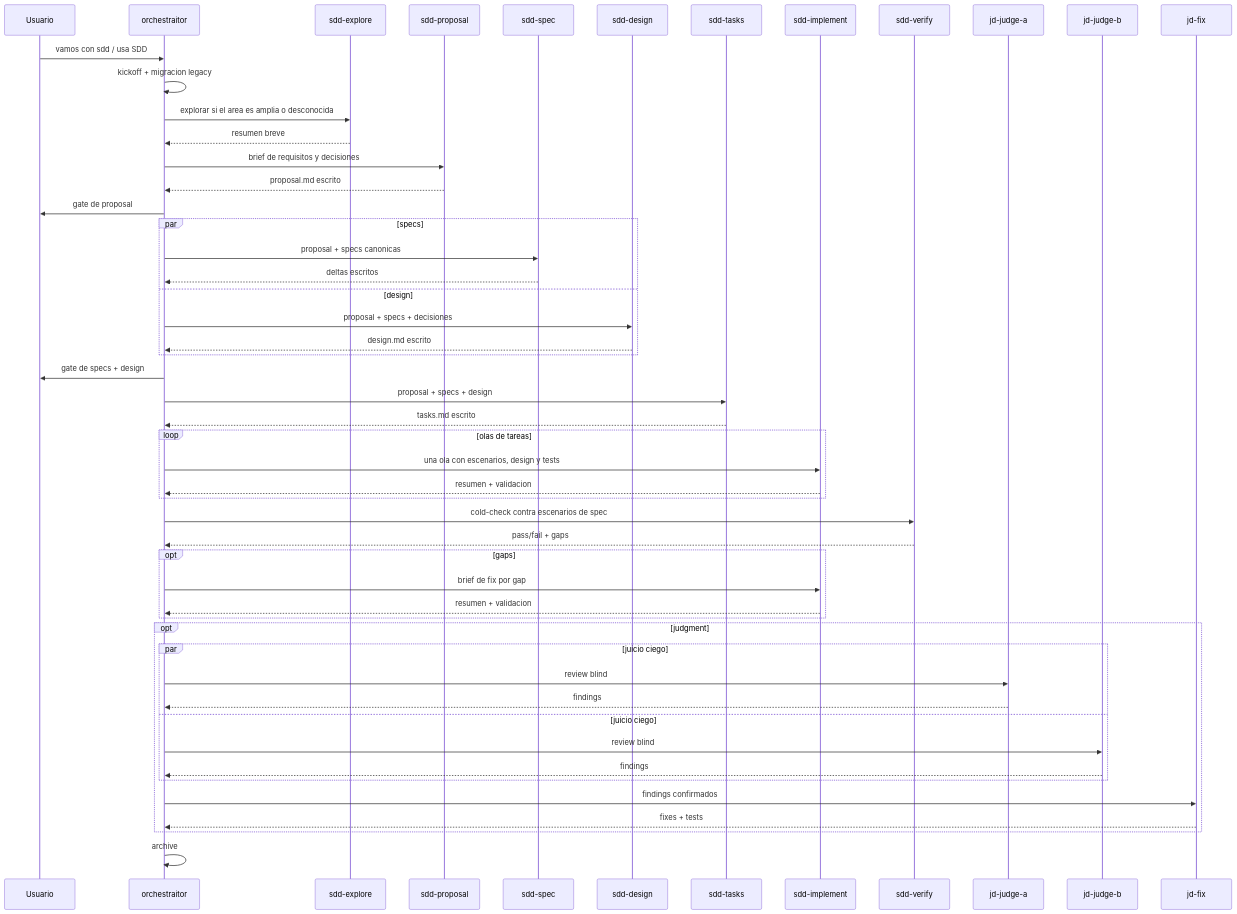
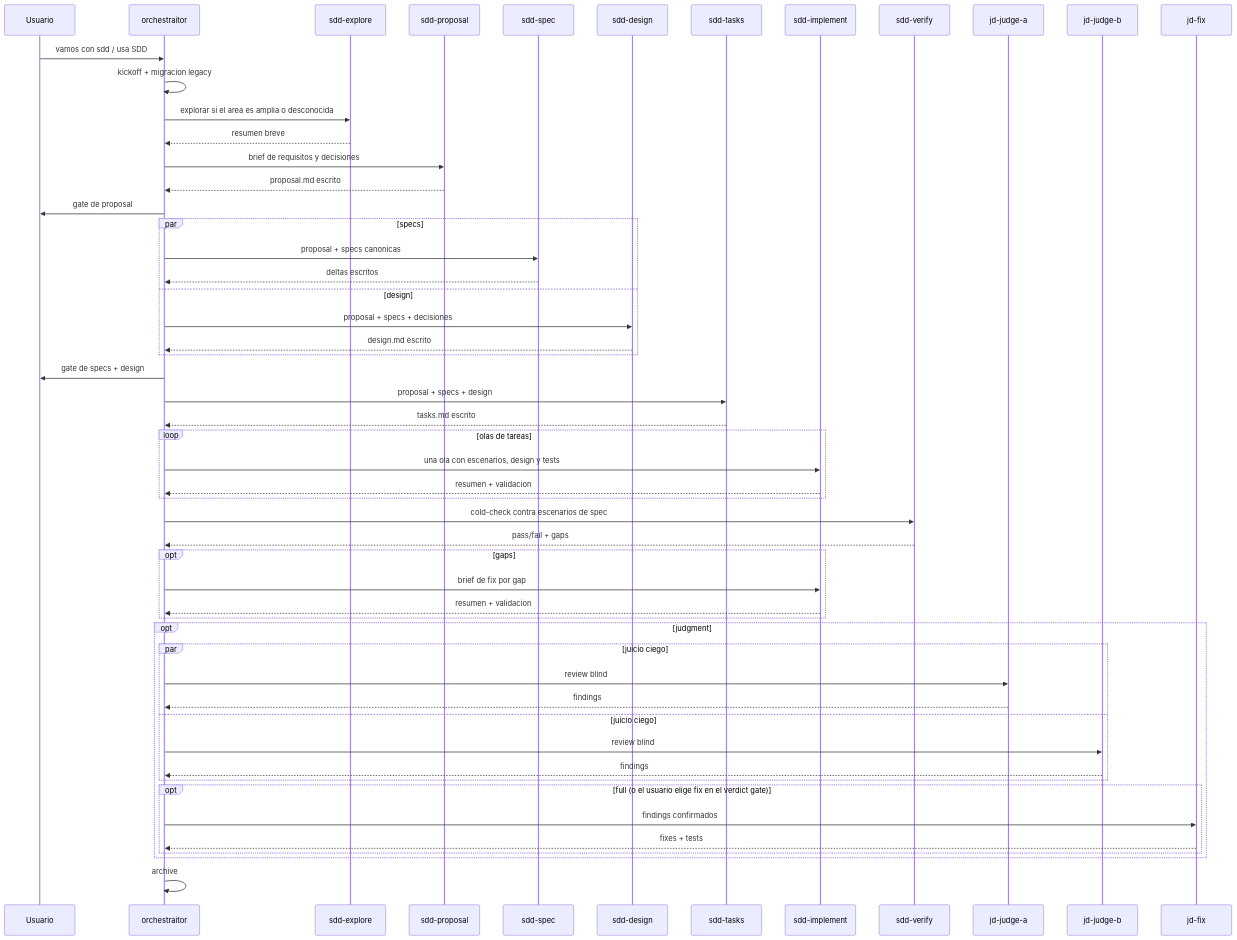
The diagram in docs/sdd-domain-sequence.md (andresnator/agents-orchestrator), drawn with Mermaid before and after one commit. The commit also changed other lines of this file and 4 other files, not shown here.

````diff
--- a/docs/sdd-domain-sequence.md
+++ b/docs/sdd-domain-sequence.md
@@ -19,55 +19,57 @@
 ```mermaid
 sequenceDiagram
   participant U as Usuario
   participant O as orchestraitor
   participant E as sdd-explore
   participant P as sdd-proposal
   participant S as sdd-spec
   participant D as sdd-design
   participant T as sdd-tasks
   participant I as sdd-implement
   participant V as sdd-verify
   participant JA as jd-judge-a
   participant JB as jd-judge-b
   participant JF as jd-fix
 
   U->>O: vamos con sdd / usa SDD
   O->>O: kickoff + migracion legacy
   O->>E: explorar si el area es amplia o desconocida
   E-->>O: resumen breve
   O->>P: brief de requisitos y decisiones
   P-->>O: proposal.md escrito
   O->>U: gate de proposal
   par specs
     O->>S: proposal + specs canonicas
     S-->>O: deltas escritos
   and design
     O->>D: proposal + specs + decisiones
     D-->>O: design.md escrito
   end
   O->>U: gate de specs + design
   O->>T: proposal + specs + design
   T-->>O: tasks.md escrito
   loop olas de tareas
     O->>I: una ola con escenarios, design y tests
     I-->>O: resumen + validacion
   end
   O->>V: cold-check contra escenarios de spec
   V-->>O: pass/fail + gaps
   opt gaps
     O->>I: brief de fix por gap
     I-->>O: resumen + validacion
   end
   opt judgment
     par juicio ciego
       O->>JA: review blind
       JA-->>O: findings
     and juicio ciego
       O->>JB: review blind
       JB-->>O: findings
     end
-    O->>JF: findings confirmados
-    JF-->>O: fixes + tests
+    opt full (o el usuario elige fix en el verdict gate)
+      O->>JF: findings confirmados
+      JF-->>O: fixes + tests
+    end
   end
   O->>O: archive
 ```
````
